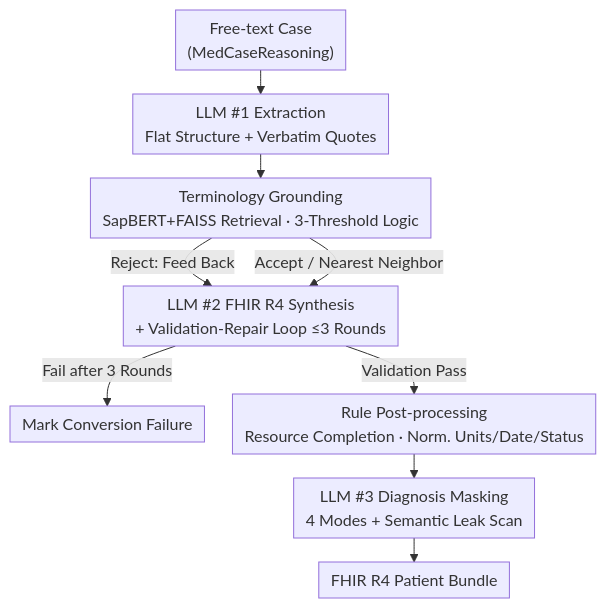
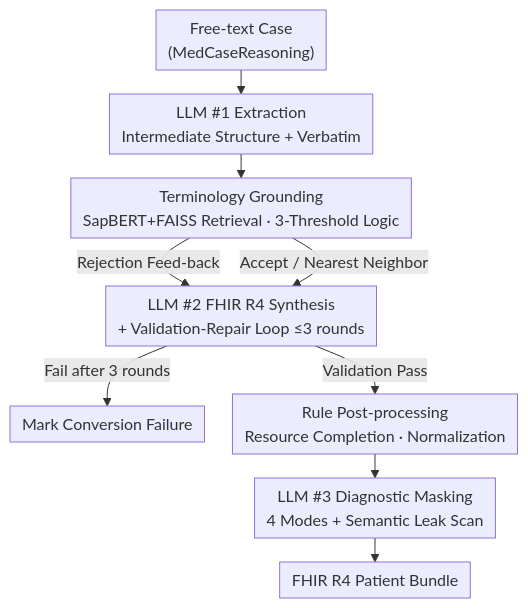
The diagram in docs/ICML2026/medical_nlp/medcase-structured_a_text-to-fhir_dataset_for_benchmarking_diagnostic_reasoning_.md (zhaoyang97/Paper-Notes-en), drawn with Mermaid before and after one commit. The commit also changed other lines of this file and 5084 other files, not shown here.

````diff
--- a/docs/ICML2026/medical_nlp/medcase-structured_a_text-to-fhir_dataset_for_benchmarking_diagnostic_reasoning_.md
+++ b/docs/ICML2026/medical_nlp/medcase-structured_a_text-to-fhir_dataset_for_benchmarking_diagnostic_reasoning_.md
@@ -43,12 +43,12 @@
 ```mermaid
 %%{init: {'flowchart': {'rankSpacing': 24, 'nodeSpacing': 28, 'padding': 6, 'wrappingWidth': 400}}}%%
 flowchart TD
-    A["Free-text Case<br/>(MedCaseReasoning)"] --> B["LLM #1 Extraction<br/>Flat Structure + Verbatim Quotes"]
+    A["Free-text Case<br/>(MedCaseReasoning)"] --> B["LLM #1 Extraction<br/>Intermediate Structure + Verbatim"]
     B --> C["Terminology Grounding<br/>SapBERT+FAISS Retrieval · 3-Threshold Logic"]
-    C -->|Reject: Feed Back| D["LLM #2 FHIR R4 Synthesis<br/>+ Validation-Repair Loop ≤3 Rounds"]
+    C -->|Rejection Feed-back| D["LLM #2 FHIR R4 Synthesis<br/>+ Validation-Repair Loop ≤3 rounds"]
     C -->|Accept / Nearest Neighbor| D
-    D -->|Fail after 3 Rounds| X["Mark Conversion Failure"]
-    D -->|Validation Pass| E["Rule Post-processing<br/>Resource Completion · Norm. Units/Date/Status"]
-    E --> F["LLM #3 Diagnosis Masking<br/>4 Modes + Semantic Leak Scan"]
+    D -->|Fail after 3 rounds| X["Mark Conversion Failure"]
+    D -->|Validation Pass| E["Rule Post-processing<br/>Resource Completion · Normalization"]
+    E --> F["LLM #3 Diagnostic Masking<br/>4 Modes + Semantic Leak Scan"]
     F --> G["FHIR R4 Patient Bundle"]
 ```
````
